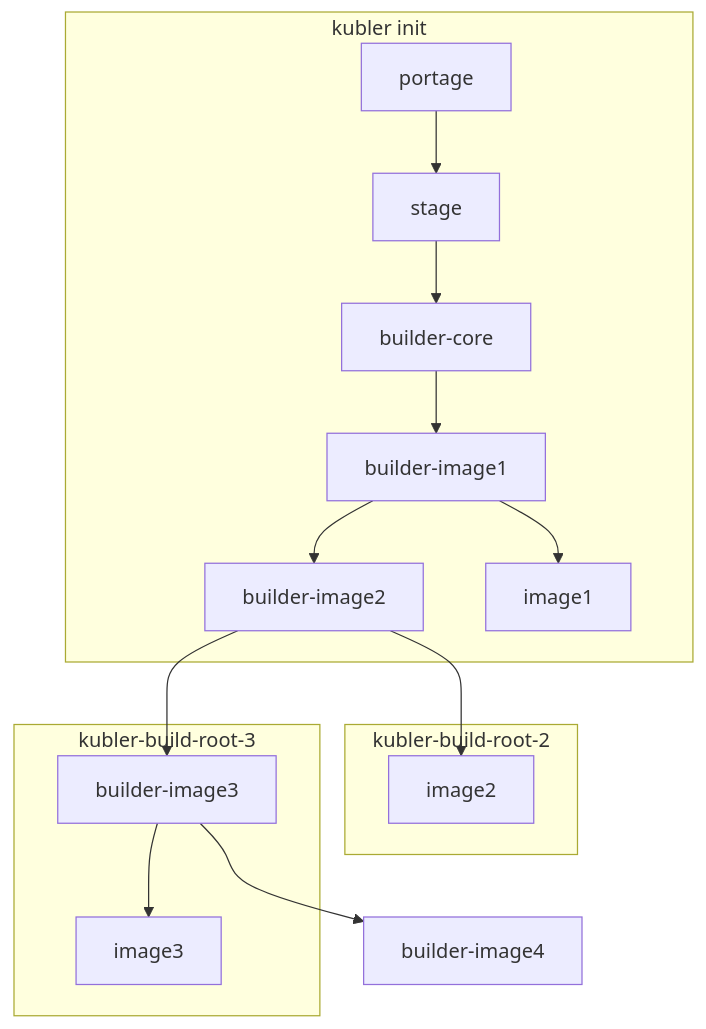
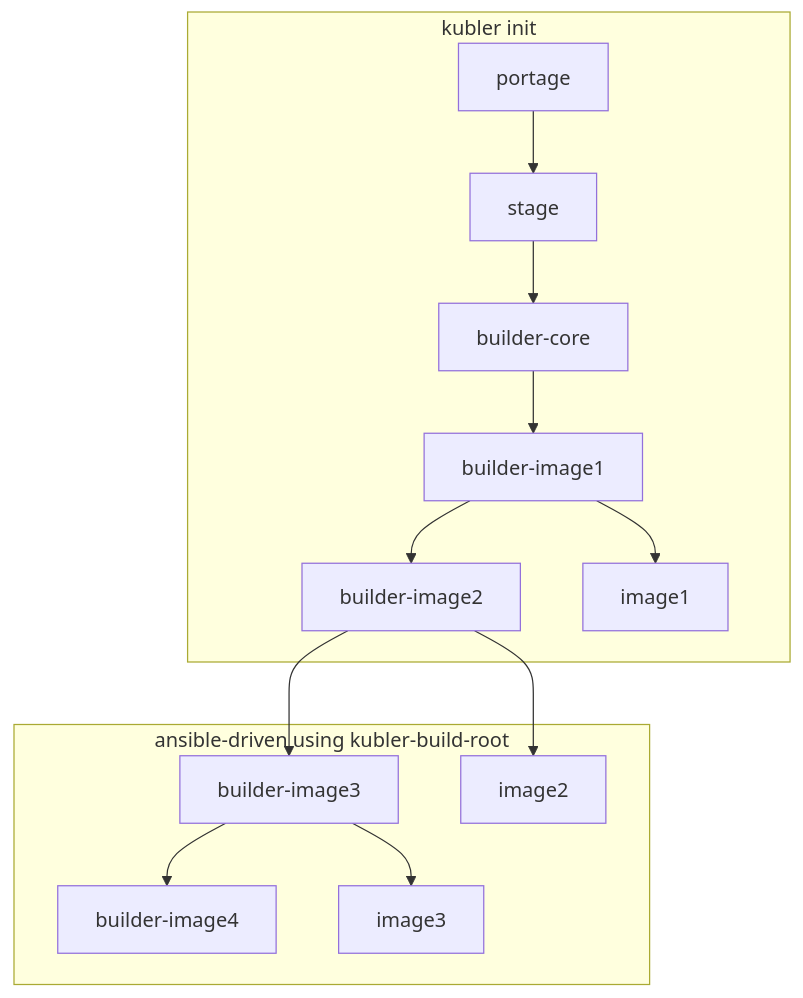
The diagram in ansible/kubler.md (cainam/home-cluster-deployment), drawn with Mermaid before and after one commit.

````diff
--- a/ansible/kubler.md
+++ b/ansible/kubler.md
@@ -8,19 +8,16 @@
 ```mermaid
 flowchart TD; 
  subgraph kubler init
   portage-->stage;
   stage-->builder-core;
   builder-core-->builder-image1;
   builder-image1-->builder-image2
   builder-image1-->image1;
   end
+ subgraph ansible-driven using kubler-build-root
   builder-image2-->builder-image3
-  subgraph kubler-build-root-2
   builder-image2-->image2
-  end
   builder-image3-->builder-image4
-  subgraph kubler-build-root-3
   builder-image3-->image3
-  end
-
+ end
 ```
````
